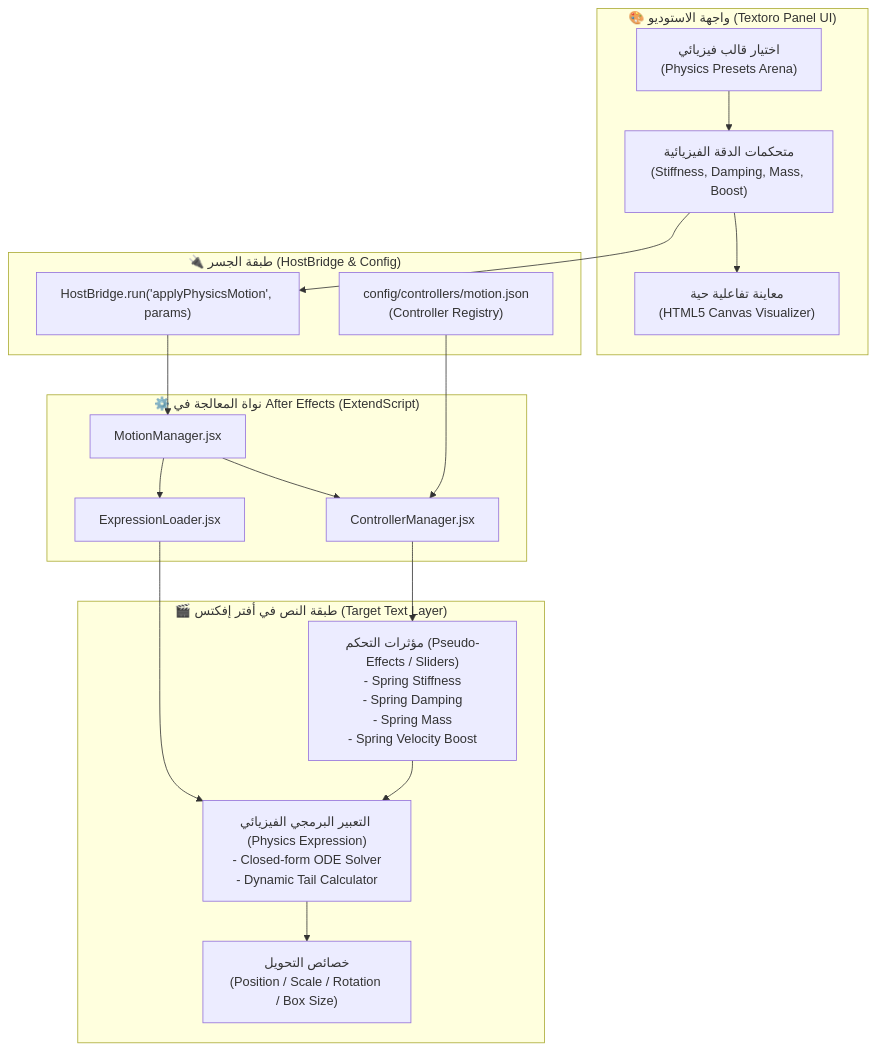
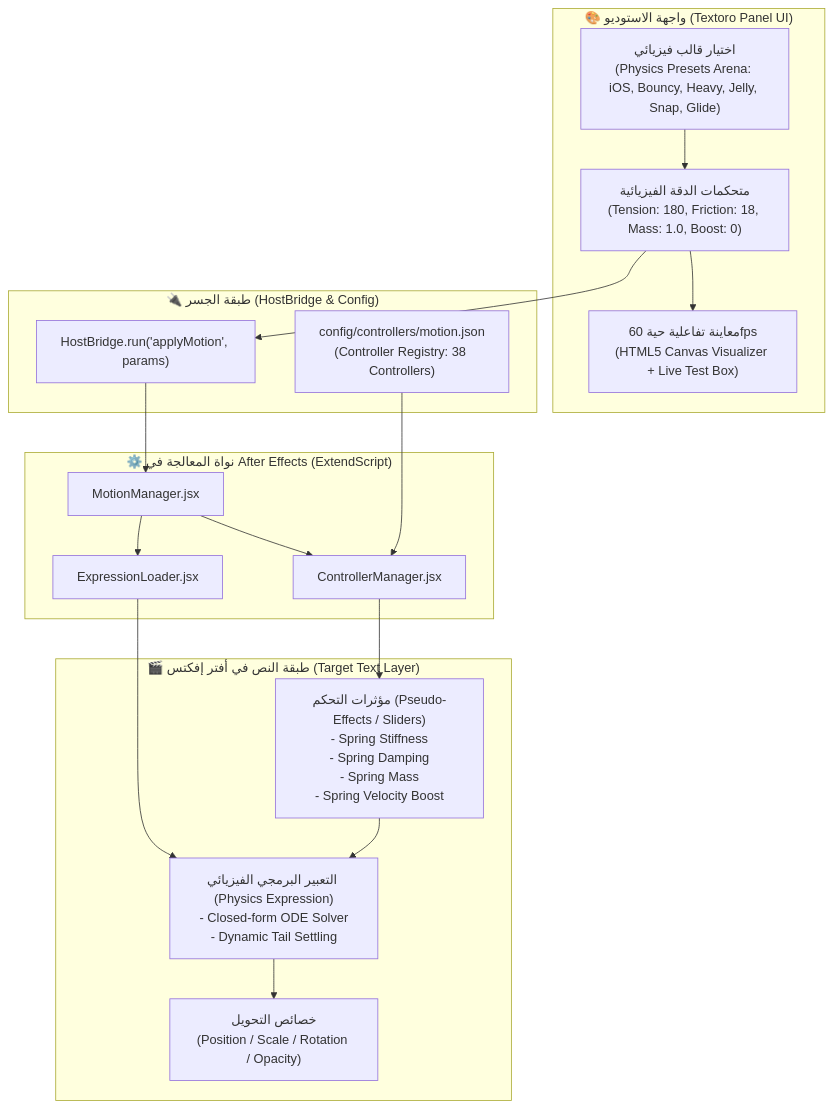
Before and after one commit to wittybrandcode/TEXTORO: the diagram in ROADMAP_PHYSICS.md, drawn with Mermaid. The commit also changed other lines of this file and 20 other files, not shown here.

Commit message:
feat(physics): implement full Physics Dynamics Engine (ODE solver, rigging, UI drawer, canvas visualizer, smoke tests)

````diff
--- a/ROADMAP_PHYSICS.md
+++ b/ROADMAP_PHYSICS.md
@@ -107,37 +107,37 @@
 ```mermaid
 flowchart TD
     subgraph UI_Panel["🎨 واجهة الاستوديو (Textoro Panel UI)"]
-        UI_Preset["اختيار قالب فيزيائي\n(Physics Presets Arena)"]
-        UI_Sliders["متحكمات الدقة الفيزيائية\n(Stiffness, Damping, Mass, Boost)"]
-        UI_Canvas["معاينة تفاعلية حية\n(HTML5 Canvas Visualizer)"]
+        UI_Preset["اختيار قالب فيزيائي\n(Physics Presets Arena: iOS, Bouncy, Heavy, Jelly, Snap, Glide)"]
+        UI_Sliders["متحكمات الدقة الفيزيائية\n(Tension: 180, Friction: 18, Mass: 1.0, Boost: 0)"]
+        UI_Canvas["معاينة تفاعلية حية 60fps\n(HTML5 Canvas Visualizer + Live Test Box)"]
     end
 
     subgraph HostBridge_Layer["🔌 طبقة الجسر (HostBridge & Config)"]
-        HB["HostBridge.run('applyPhysicsMotion', params)"]
-        REG["config/controllers/motion.json\n(Controller Registry)"]
+        HB["HostBridge.run('applyMotion', params)"]
+        REG["config/controllers/motion.json\n(Controller Registry: 38 Controllers)"]
     end
 
     subgraph AE_Host_Managers["⚙️ نواة المعالجة في After Effects (ExtendScript)"]
         MM["MotionManager.jsx"]
         CM["ControllerManager.jsx"]
         EL["ExpressionLoader.jsx"]
     end
 
     subgraph AE_Layer["🎬 طبقة النص في أفتر إفكتس (Target Text Layer)"]
         CTRLS["مؤثرات التحكم (Pseudo-Effects / Sliders)\n- Spring Stiffness\n- Spring Damping\n- Spring Mass\n- Spring Velocity Boost"]
-        EXP["التعبير البرمجي الفيزيائي (Physics Expression)\n- Closed-form ODE Solver\n- Dynamic Tail Calculator"]
-        TRANS["خصائص التحويل\n(Position / Scale / Rotation / Box Size)"]
+        EXP["التعبير البرمجي الفيزيائي (Physics Expression)\n- Closed-form ODE Solver\n- Dynamic Tail Settling"]
+        TRANS["خصائص التحويل\n(Position / Scale / Rotation / Opacity)"]
     end
 
     UI_Preset --> UI_Sliders
     UI_Sliders --> UI_Canvas
     UI_Sliders --> HB
     HB --> MM
     REG --> CM
     MM --> CM
     CM --> CTRLS
     MM --> EL
     EL --> EXP
     CTRLS --> EXP
     EXP --> TRANS
 ```
````
